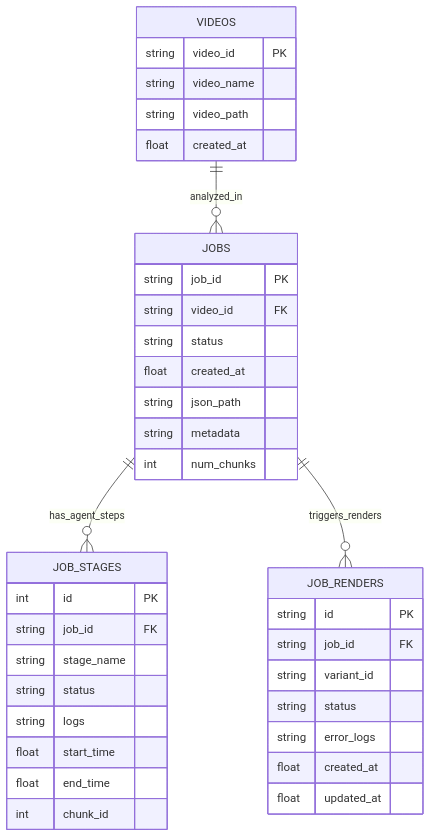
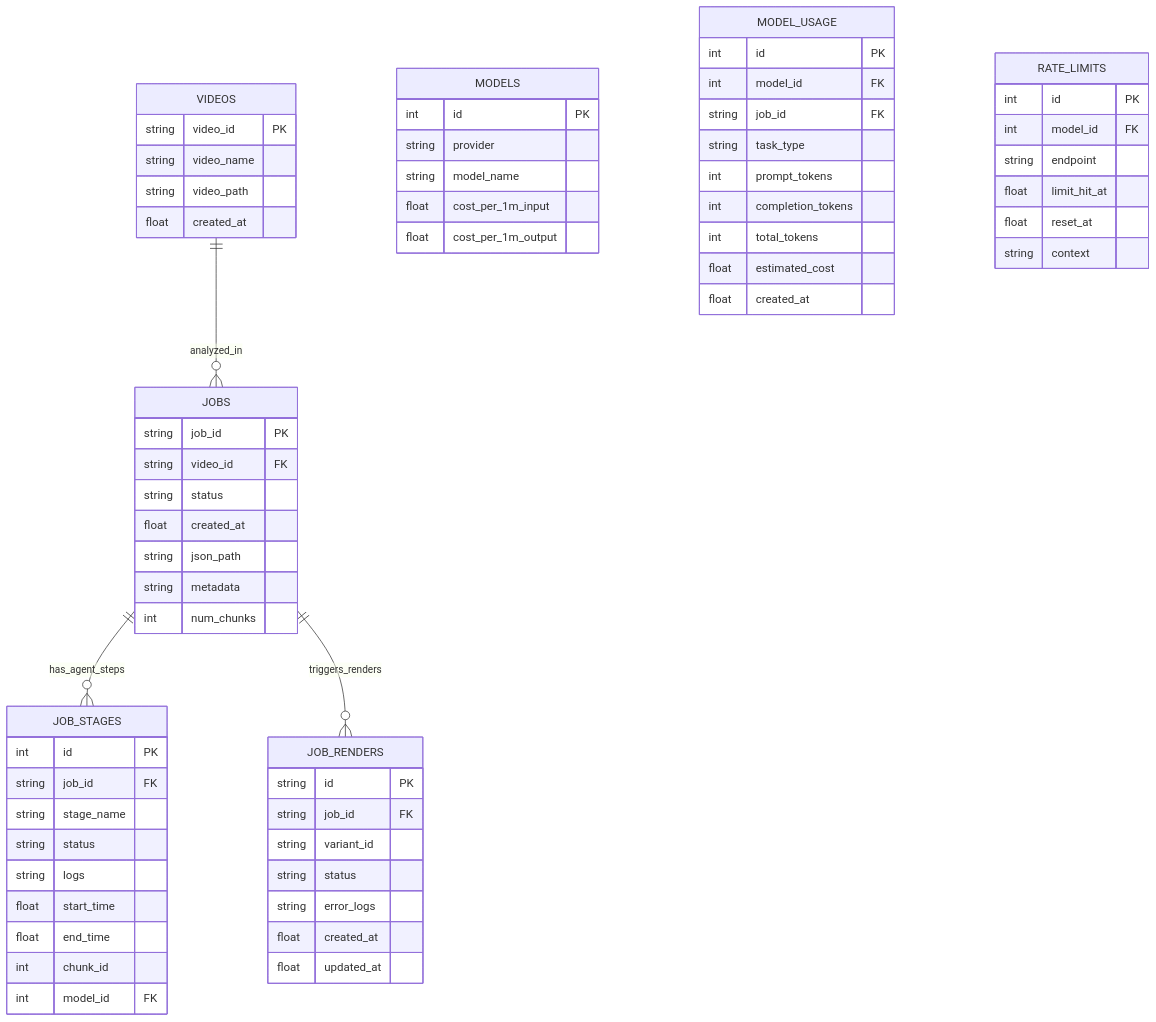
Before and after one commit to sudo-krish/youtube-shorts-generator-antigravity: the diagram in docs/Database/Schema.md, drawn with Mermaid. The commit also changed other lines of this file and 6 other files, not shown here.

Commit message:
feat: implement LLM cost monitoring, add per-variant rendering controls, and improve pipeline robustness with language fallback and configuration support.

````diff
--- a/docs/Database/Schema.md
+++ b/docs/Database/Schema.md
@@ -22,44 +22,74 @@
 ```mermaid
 erDiagram
     VIDEOS ||--o{ JOBS : "analyzed_in"
     JOBS ||--o{ JOB_STAGES : "has_agent_steps"
     JOBS ||--o{ JOB_RENDERS : "triggers_renders"
 
     VIDEOS {
         string video_id PK
         string video_name
         string video_path
         float created_at
     }
     
     JOBS {
         string job_id PK
         string video_id FK
         string status
         float created_at
         string json_path
         string metadata
         int num_chunks
     }
     
     JOB_STAGES {
         int id PK
         string job_id FK
         string stage_name
         string status
         string logs
         float start_time
         float end_time
         int chunk_id
+        int model_id FK
     }
     
     JOB_RENDERS {
         string id PK
         string job_id FK
         string variant_id
         string status
         string error_logs
         float created_at
         float updated_at
     }
+    
+    MODELS {
+        int id PK
+        string provider
+        string model_name
+        float cost_per_1m_input
+        float cost_per_1m_output
+    }
+    
+    MODEL_USAGE {
+        int id PK
+        int model_id FK
+        string job_id FK
+        string task_type
+        int prompt_tokens
+        int completion_tokens
+        int total_tokens
+        float estimated_cost
+        float created_at
+    }
+    
+    RATE_LIMITS {
+        int id PK
+        int model_id FK
+        string endpoint
+        float limit_hit_at
+        float reset_at
+        string context
+    }
 ```
````
